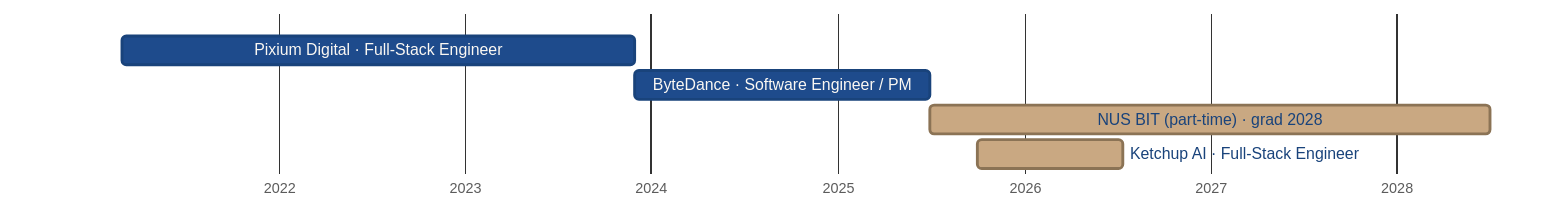
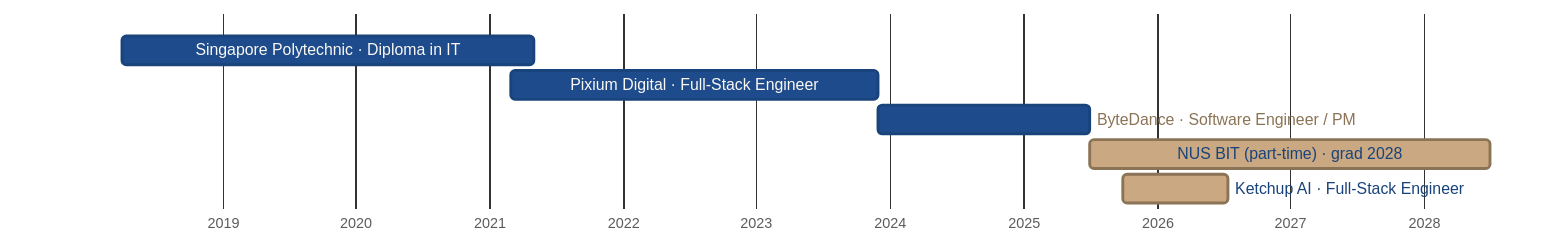
The diagram in README.md (enkr1/enkr1), drawn with Mermaid before and after one commit.

Commit message:
✨ feat(readme): add Singapore Poly diploma to the timeline
Adds the SP Diploma in IT bar (2018-2021) as the real origin of the
coding journey, replacing the dropped caption. Axis extends back to 2018
(still readable, unlike a 1999 birth marker would be). ByteDance end
nudged to Jul 2025 to match the public LinkedIn record.

````diff
--- a/README.md
+++ b/README.md
@@ -19,11 +19,12 @@
 ```mermaid
 %%{init: {'theme':'base','themeVariables':{'taskBkgColor':'#1E4B8C','taskBorderColor':'#19437B','activeTaskBkgColor':'#C9A882','activeTaskBorderColor':'#8B7355','taskTextColor':'#FBF8F3','taskTextLightColor':'#FBF8F3','taskTextDarkColor':'#19437B','taskTextOutsideColor':'#8B7355','gridColor':'rgba(139,115,85,0.25)','todayLineColor':'#E5484D','sectionBkgColor':'rgba(0,0,0,0)','altSectionBkgColor':'rgba(0,0,0,0)','fontFamily':'Cormorant Garamond, Georgia, serif'}}}%%
 gantt
     dateFormat YYYY-MM-DD
     axisFormat %Y
     todayMarker stroke:#E5484D,stroke-width:3px,opacity:1
-    Pixium Digital · Full-Stack Engineer :2021-03-01, 2023-12-01
-    ByteDance · Software Engineer / PM   :2023-12-01, 2025-06-30
-    NUS BIT (part-time) · grad 2028      :active, 2025-07-01, 2028-07-01
-    Ketchup AI · Full-Stack Engineer     :active, 2025-10-01, 2026-07-14
+    Singapore Polytechnic · Diploma in IT :2018-04-01, 2021-05-01
+    Pixium Digital · Full-Stack Engineer  :2021-03-01, 2023-12-01
+    ByteDance · Software Engineer / PM    :2023-12-01, 2025-07-01
+    NUS BIT (part-time) · grad 2028       :active, 2025-07-01, 2028-07-01
+    Ketchup AI · Full-Stack Engineer      :active, 2025-10-01, 2026-07-14
 ```
````
